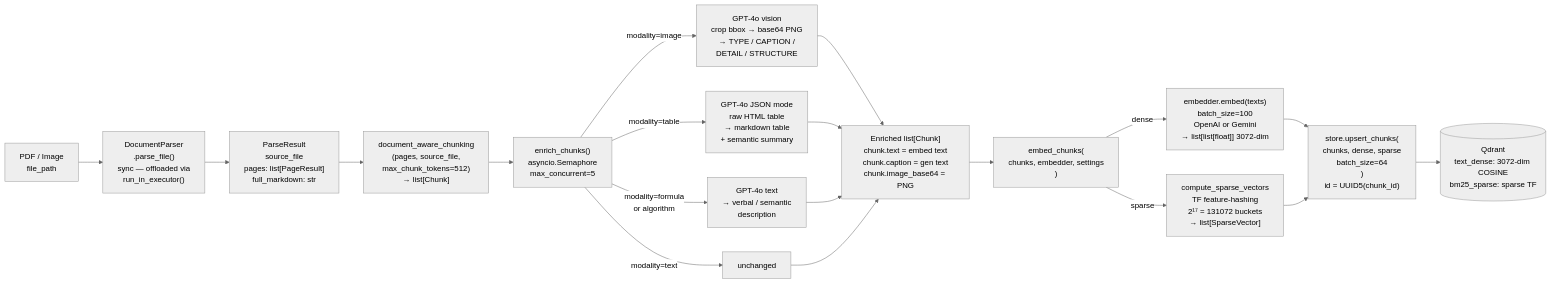
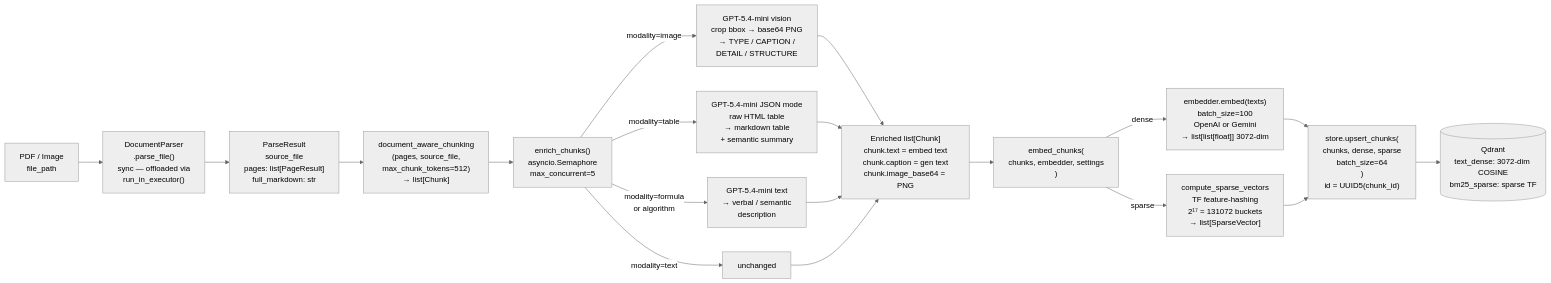
The diagram in workflows/03-ingestion-pipeline.md (Murtuzasaifee/multi-modal-rag-project), drawn with Mermaid (neutral theme) before and after one commit. The commit also changed other lines of this file and 11 other files, not shown here.

````diff
--- a/workflows/03-ingestion-pipeline.md
+++ b/workflows/03-ingestion-pipeline.md
@@ -5,26 +5,26 @@
 ```mermaid
 flowchart LR
     PDF["PDF / Image\nfile_path"] --> Parser["DocumentParser\n.parse_file()\nsync — offloaded via\nrun_in_executor()"]
 
     Parser --> ParseResult["ParseResult\nsource_file\npages: list[PageResult]\nfull_markdown: str"]
 
     ParseResult --> Chunker["document_aware_chunking\n(pages, source_file,\nmax_chunk_tokens=512)\n→ list[Chunk]"]
 
     Chunker --> Enrich["enrich_chunks()\nasyncio.Semaphore\nmax_concurrent=5"]
 
-    Enrich --> |"modality=image"| GPT4oVision["GPT-4o vision\ncrop bbox → base64 PNG\n→ TYPE / CAPTION /\nDETAIL / STRUCTURE"]
-    Enrich --> |"modality=table"| GPT4oJSON["GPT-4o JSON mode\nraw HTML table\n→ markdown table\n+ semantic summary"]
-    Enrich --> |"modality=formula\nor algorithm"| GPT4oText["GPT-4o text\n→ verbal / semantic\ndescription"]
+    Enrich --> |"modality=image"| GPT4oVision["GPT-5.4-mini  vision\ncrop bbox → base64 PNG\n→ TYPE / CAPTION /\nDETAIL / STRUCTURE"]
+    Enrich --> |"modality=table"| GPT4oJSON["GPT-5.4-mini  JSON mode\nraw HTML table\n→ markdown table\n+ semantic summary"]
+    Enrich --> |"modality=formula\nor algorithm"| GPT4oText["GPT-5.4-mini  text\n→ verbal / semantic\ndescription"]
     Enrich --> |"modality=text"| Pass["unchanged"]
 
     GPT4oVision & GPT4oJSON & GPT4oText & Pass --> Enriched["Enriched list[Chunk]\nchunk.text = embed text\nchunk.caption = gen text\nchunk.image_base64 = PNG"]
 
     Enriched --> EmbedChunks["embed_chunks(\n  chunks, embedder, settings\n)"]
 
     EmbedChunks --> |dense| Dense["embedder.embed(texts)\nbatch_size=100\nOpenAI or Gemini\n→ list[list[float]] 3072-dim"]
     EmbedChunks --> |sparse| Sparse["compute_sparse_vectors\nTF feature-hashing\n2¹⁷ = 131072 buckets\n→ list[SparseVector]"]
 
     Dense & Sparse --> Upsert["store.upsert_chunks(\n  chunks, dense, sparse\n  batch_size=64\n)\nid = UUID5(chunk_id)"]
 
     Upsert --> Qdrant[("Qdrant\ntext_dense: 3072-dim COSINE\nbm25_sparse: sparse TF")]
 ```
````
